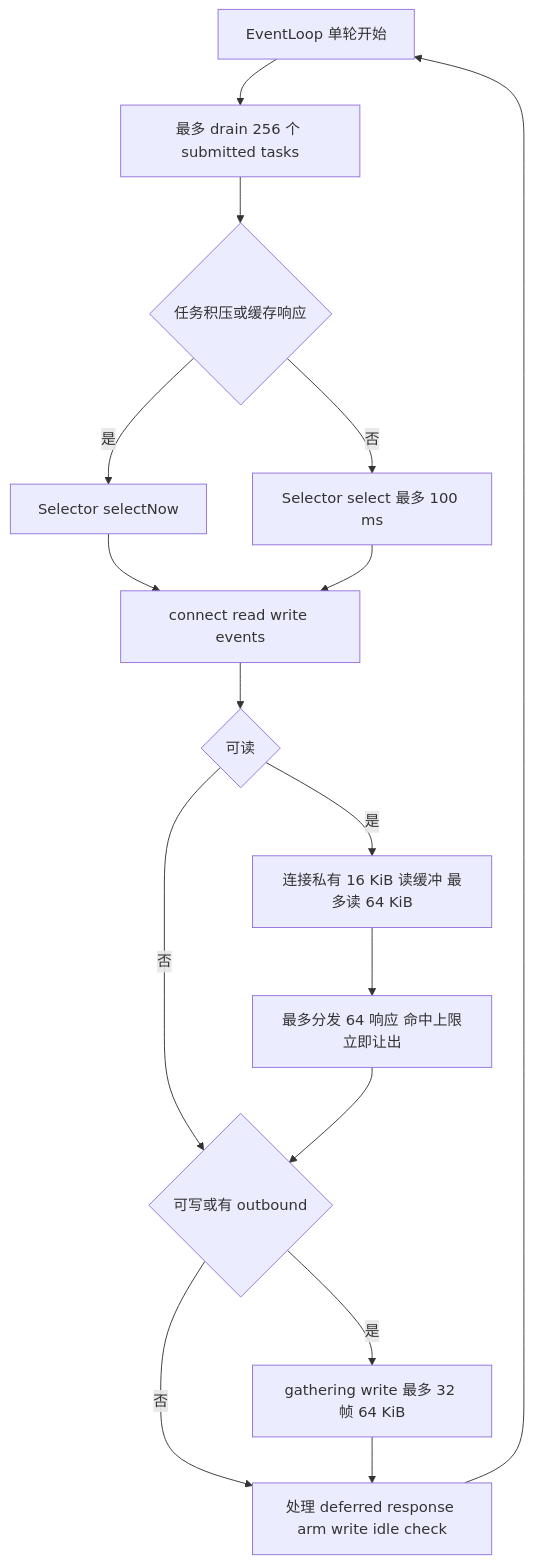
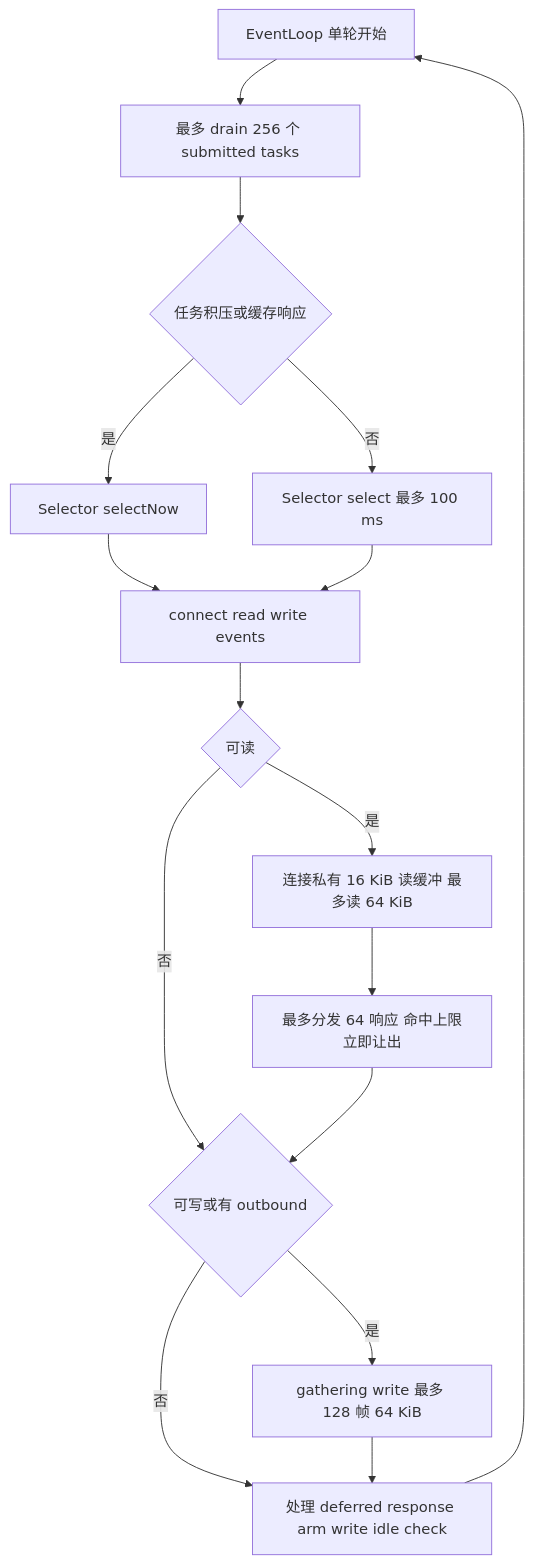
One commit to susongyan/boba-straw changed the fourth of 5 diagrams in docs/architecture/network-model.md. Above: the diagram before and after it, drawn with Mermaid. The commit also changed other lines of this file and 3 other files, not shown here.

````diff
--- a/docs/architecture/network-model.md
+++ b/docs/architecture/network-model.md
@@ -197,18 +198,18 @@
 ```mermaid
 graph TD
     Begin[EventLoop 单轮开始] --> Tasks[最多 drain 256 个 submitted tasks]
     Tasks --> Ready{任务积压或缓存响应}
     Ready -->|是| Poll[Selector selectNow]
     Ready -->|否| Wait[Selector select 最多 100 ms]
     Poll --> Events[connect read write events]
     Wait --> Events
     Events --> Read{可读}
     Read -->|是| Decode[连接私有 16 KiB 读缓冲 最多读 64 KiB]
     Decode --> Dispatch[最多分发 64 响应 命中上限立即让出]
     Read -->|否| Write
     Dispatch --> Write{可写或有 outbound}
-    Write -->|是| Flush[gathering write 最多 32 帧 64 KiB]
+    Write -->|是| Flush[gathering write 最多 128 帧 64 KiB]
     Write -->|否| Tick
     Flush --> Tick[处理 deferred response arm write idle check]
     Tick --> Begin
 ```
````
